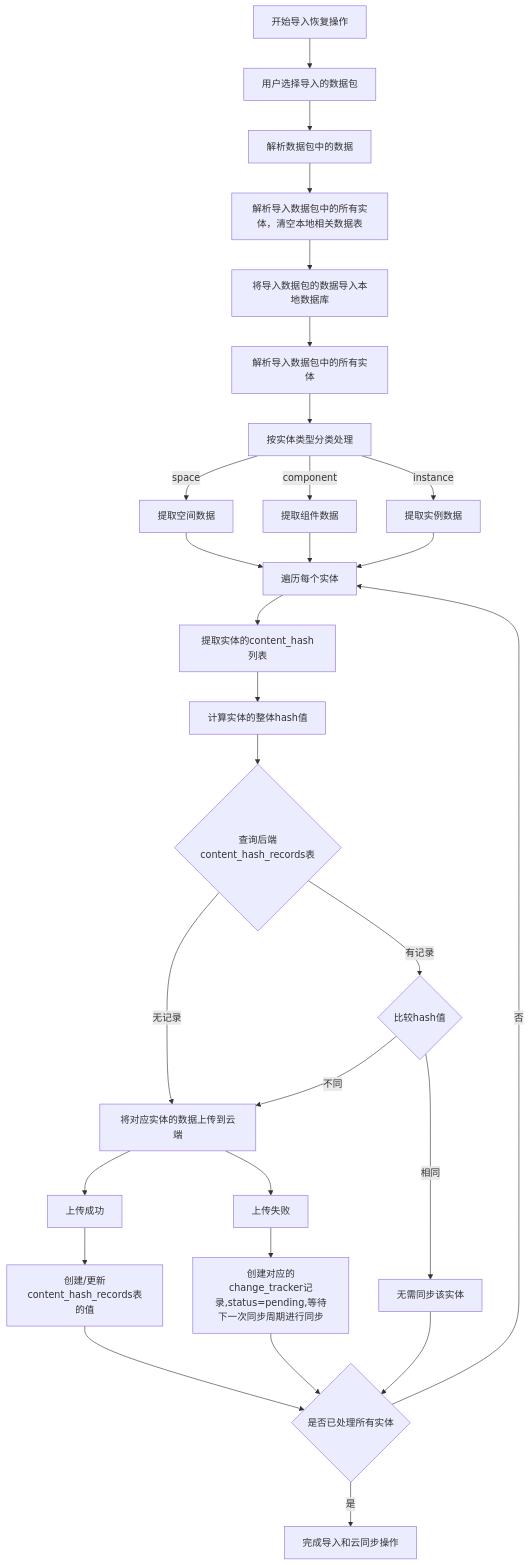
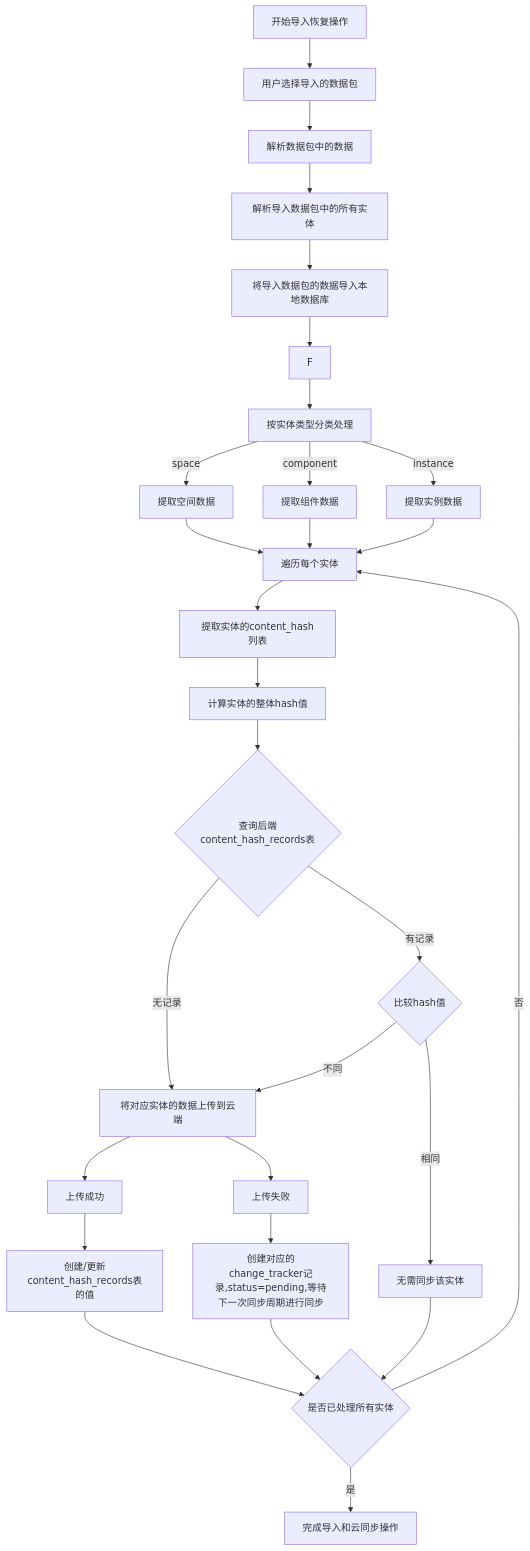
Before and after one commit to yingjianzh/iodraw-files: the diagram in all/未命名-45.md, drawn with Mermaid.

Commit message:
2025-04-27 17:32:15 update

````diff
--- a/all/未命名-45.md
+++ b/all/未命名-45.md
@@ -1,46 +1,46 @@
 ```mermaid
 
 flowchart TD
     A[开始导入恢复操作] --> B[用户选择导入的数据包]
     B --> C[解析数据包中的数据]
     
-    C --> D[解析导入数据包中的所有实体，清空本地相关数据表]
+    C --> D[解析导入数据包中的所有实体]
     D --> E[将导入数据包的数据导入本地数据库]
     
-    E --> F[解析导入数据包中的所有实体]
+    E --> 
     F --> G[按实体类型分类处理]
     
     G -->|space| H1[提取空间数据]
     G -->|component| H2[提取组件数据]
     G -->|instance| H3[提取实例数据]
     
     H1 --> I[遍历每个实体]
     H2 --> I
     H3 --> I
     
     I --> J[提取实体的content_hash列表]
     J --> K[计算实体的整体hash值]
     
     K --> L{查询后端content_hash_records表}
     L -->|无记录| M1[将对应实体的数据上传到云端]
     M1 --> N1[上传成功]
     M1 --> N2[上传失败]
     
     N2 --> N3[创建对应的change_tracker记录,status=pending,等待下一次同步周期进行同步]
     N3 --> S
     N1 --> M4[创建/更新content_hash_records表的值]
 
 
     L -->|有记录| M2{比较hash值}
     M2 -->|不同| M1
 
     M2 -->|相同| M3[无需同步该实体]
     
     
     M3 --> S{是否已处理所有实体}
     M4 --> S{是否已处理所有实体}
     
     S -->|否| I
     S -->|是| T[完成导入和云同步操作]
 
 ```
````
